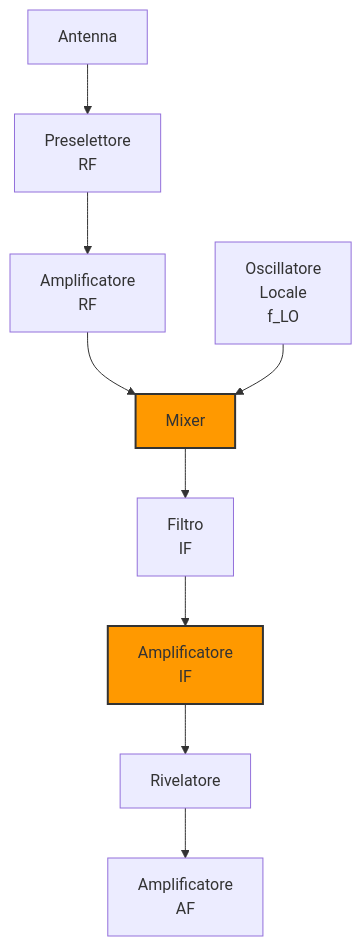
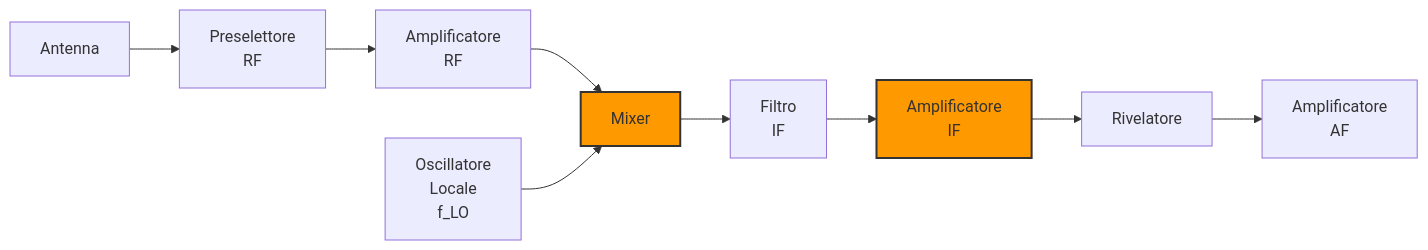
One commit to EliaTolin/esame-radioamatori changed the second of 3 diagrams in 04_Ricevitori/4.1_Tipi_di_ricevitore.md. Above: the diagram before and after it, drawn with Mermaid. The commit also changed other lines of this file and 2 other files, not shown here.

Commit message:
aggiornamento diagrammi in orizzontale

````diff
--- a/04_Ricevitori/4.1_Tipi_di_ricevitore.md
+++ b/04_Ricevitori/4.1_Tipi_di_ricevitore.md
@@ -52,13 +52,13 @@
 ```mermaid
-graph TD;
+graph LR;
     Antenna["Antenna"] --> Preselettore["Preselettore<br>RF"];
     Preselettore --> AmplificatoreRF["Amplificatore<br>RF"];
     AmplificatoreRF --> Mixer["Mixer"];
     OscillatoreLO["Oscillatore<br>Locale<br>f_LO"] --> Mixer;
     Mixer --> FiltroIF["Filtro<br>IF"];
     FiltroIF --> AmplificatoreIF["Amplificatore<br>IF"];
     AmplificatoreIF --> Rivelatore["Rivelatore"];
     Rivelatore --> AmplificatoreAF["Amplificatore<br>AF"];
     classDef super fill:#f90,stroke:#333,stroke-width:2px;
     class Mixer,AmplificatoreIF super;
 ```
````
